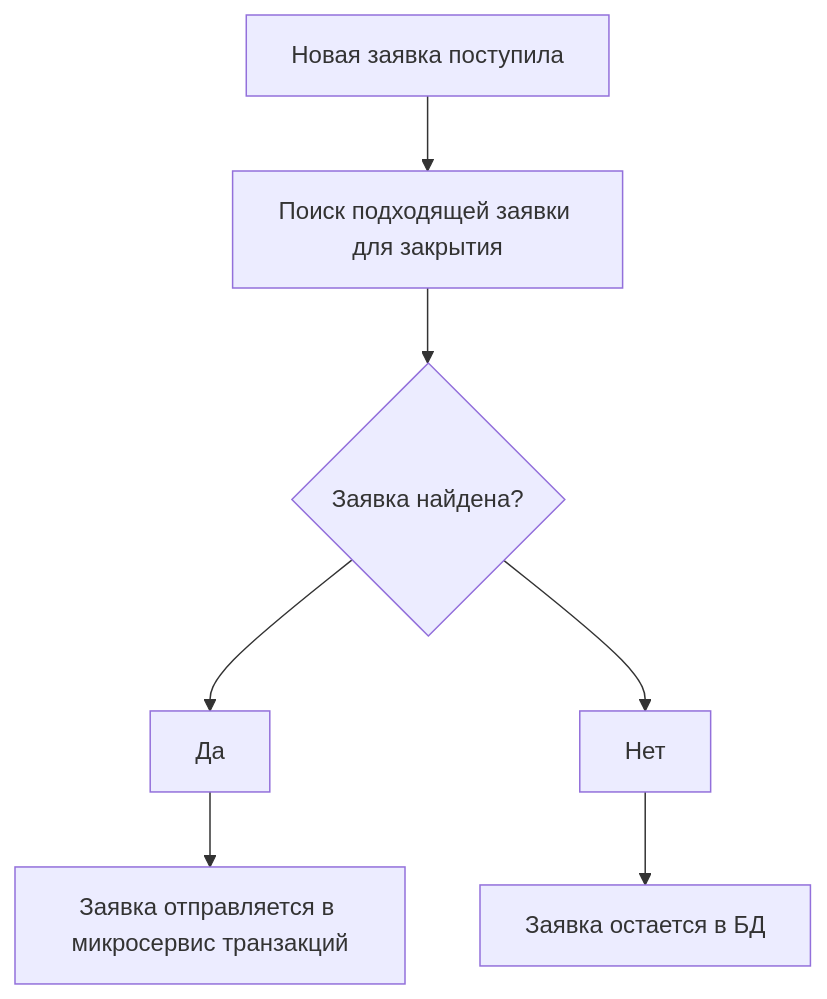
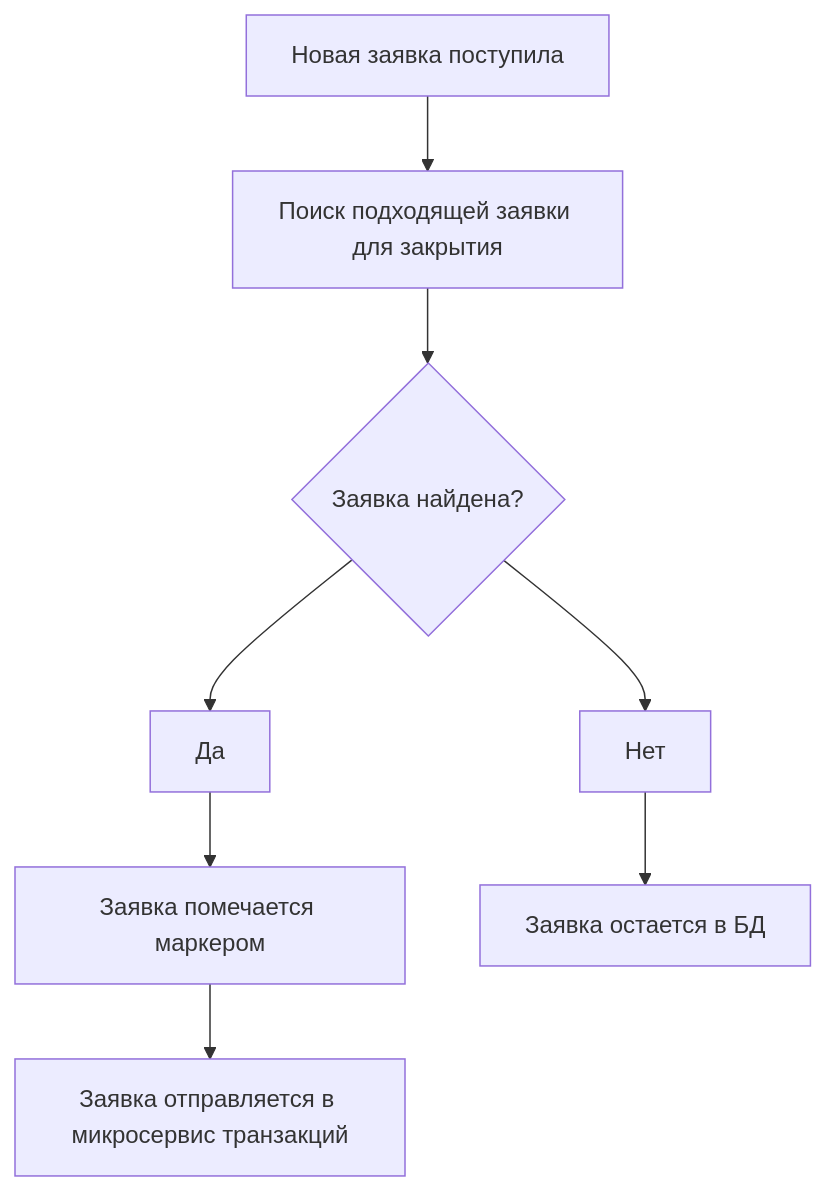
The diagram in docs/adr/OrderMechanism/ADR.md (seesharktwo/markershtern), drawn with Mermaid before and after one commit.

Commit message:
Update ADR

````diff
--- a/docs/adr/OrderMechanism/ADR.md
+++ b/docs/adr/OrderMechanism/ADR.md
@@ -22,10 +22,10 @@
 ```mermaid
 
 flowchart TD
    A[Новая заявка поступила] --> B[Поиск подходящей заявки для закрытия];
    B --> E{Заявка найдена?};
-   E --> Да --> C[Заявка отправляется в микросервис транзакций];
+   E --> Да --> C[Заявка помечается маркером];
    E --> Нет --> D[Заявка остается в БД]
-   
+   C --> G[Заявка отправляется в микросервис транзакций]
 
 ```
````
